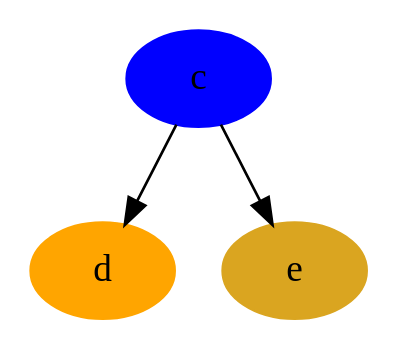
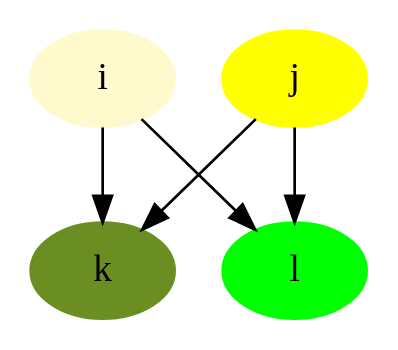
The diagram in data/path.set.01.out.002.gv (graphviz-perl/GraphViz2-Marpa-PathUtils), drawn with Graphviz before and after one commit. The commit also changed 7 other files, not shown here.

```diff
--- a/data/path.set.01.out.002.gv
+++ b/data/path.set.01.out.002.gv
@@ -1,26 +1,27 @@
 strict digraph path_set_01
 {
-	c[ color = "blue" style = "filled"]
-	d[ color = "orange" style = "filled"]
-	e[ color = "goldenrod" style = "filled"]
-	c ->
-	
-	{
-		d
-		e
-	}
 
 	{
 
 	}
 
 	{
 
 	}
+	i[ color = "lemonchiffon" style = "filled"]
+	j[ color = "yellow" style = "filled"]
+	k[ color = "olivedrab" style = "filled"]
+	l[ color = "lime" style = "filled"]
+
+	{
+		i
+		j
+	}
  ->
 	
 	{
-
+		k
+		l
 	}
 
 }
```
